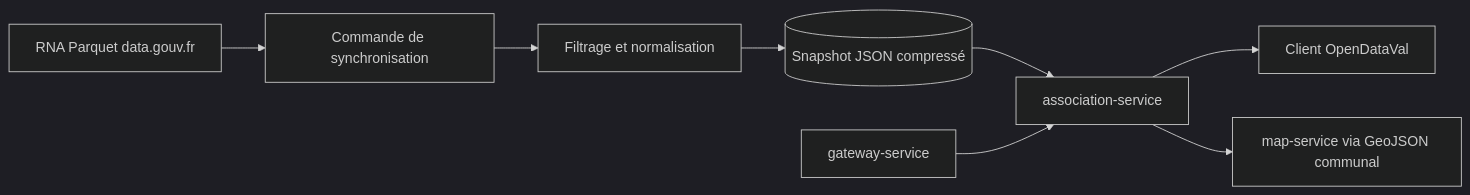
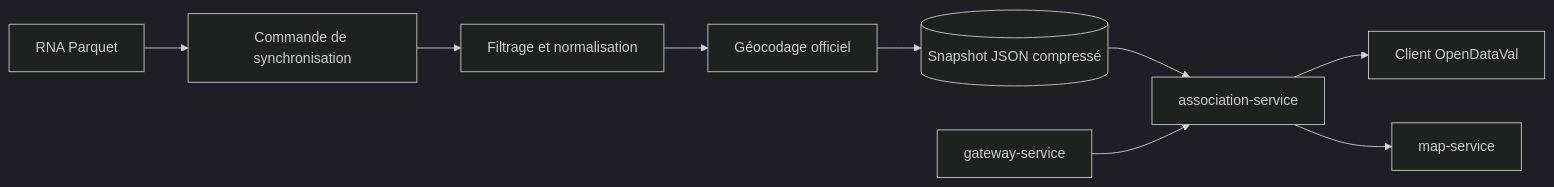
The diagram in doc/microservice/association-service/PLAN_MVP.md (acastanet/opendataval), drawn with Mermaid (dark theme) before and after one commit. The commit also changed other lines of this file, not shown here.

````diff
--- a/doc/microservice/association-service/PLAN_MVP.md
+++ b/doc/microservice/association-service/PLAN_MVP.md
@@ -84,10 +88,11 @@
 ```mermaid
 flowchart LR
-  RNA[RNA Parquet data.gouv.fr] --> Sync[Commande de synchronisation]
+  RNA[RNA Parquet] --> Sync[Commande de synchronisation]
   Sync --> Filter[Filtrage et normalisation]
-  Filter --> Snapshot[(Snapshot JSON compressé)]
+  Filter --> Geocode[Géocodage officiel]
+  Geocode --> Snapshot[(Snapshot JSON compressé)]
   Snapshot --> Service[association-service]
   Gateway[gateway-service] --> Service
   Service --> Client[Client OpenDataVal]
-  Service --> Map[map-service via GeoJSON communal]
+  Service --> Map[map-service]
 ```
````
